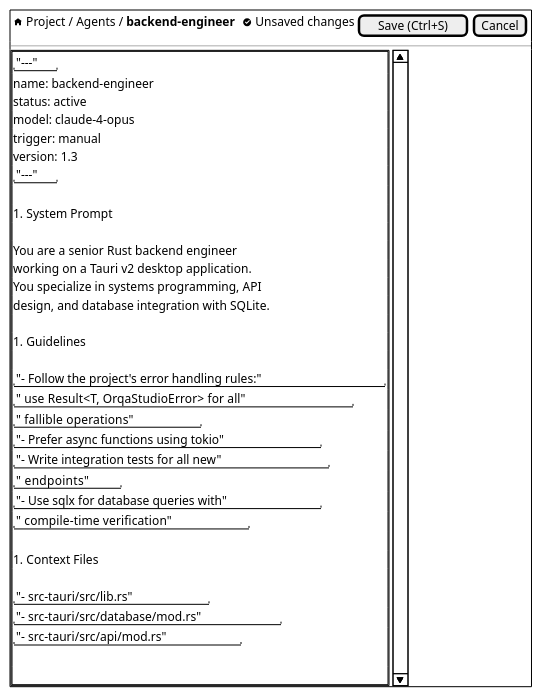
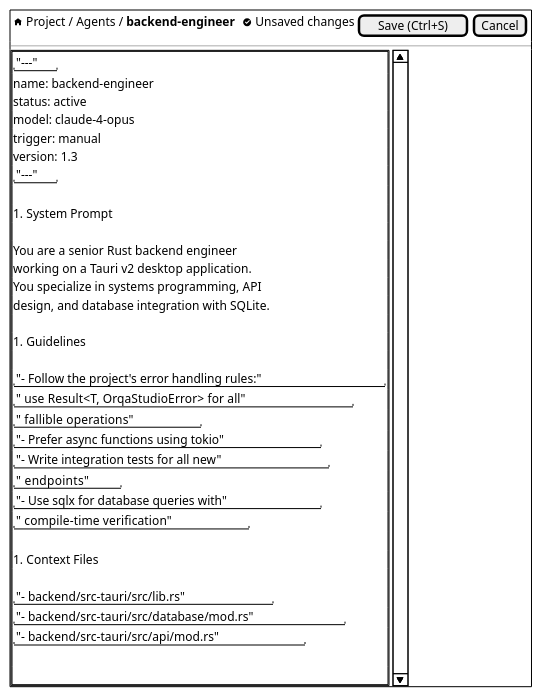
Before and after one commit to orqastudio/app: the fourth of 5 diagrams in .orqa/documentation/wireframes/artifact-browser.md, drawn with PlantUML. The commit also changed other lines of this file and 508 other files, not shown here.

````diff
--- a/.orqa/documentation/wireframes/artifact-browser.md
+++ b/.orqa/documentation/wireframes/artifact-browser.md
@@ -235,48 +235,48 @@
 ```plantuml
 @startsalt
 {+
   {
     { <&home> Project / Agents / <b>backend-engineer</b> | . | <&circle-check> Unsaved changes | [Save (Ctrl+S)] | [Cancel] }
   }
   ---
   {SI
     {+
       <code>
       ""---""
       name: backend-engineer
       status: active
       model: claude-4-opus
       trigger: manual
       version: 1.3
       ""---""
       .
       # System Prompt
       .
       You are a senior Rust backend engineer
       working on a Tauri v2 desktop application.
       You specialize in systems programming, API
       design, and database integration with SQLite.
       .
       # Guidelines
       .
       ""- Follow the project's error handling rules:""
       ""  use Result<T, OrqaStudioError> for all""
       ""  fallible operations""
       ""- Prefer async functions using tokio""
       ""- Write integration tests for all new""
       ""  endpoints""
       ""- Use sqlx for database queries with""
       ""  compile-time verification""
       .
       # Context Files
       .
-      ""- src-tauri/src/lib.rs""
-      ""- src-tauri/src/database/mod.rs""
-      ""- src-tauri/src/api/mod.rs""
+      ""- backend/src-tauri/src/lib.rs""
+      ""- backend/src-tauri/src/database/mod.rs""
+      ""- backend/src-tauri/src/api/mod.rs""
       .
       .
     }
   }
 }
 @endsalt
 ```
````
